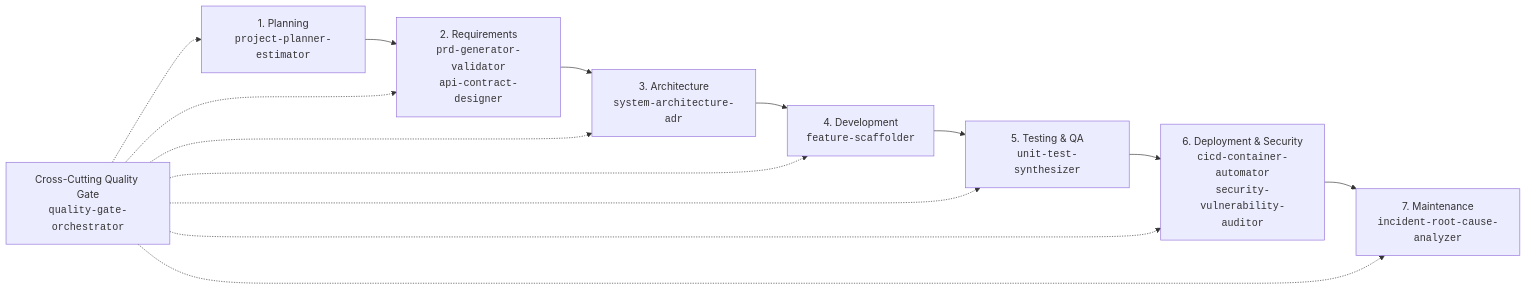
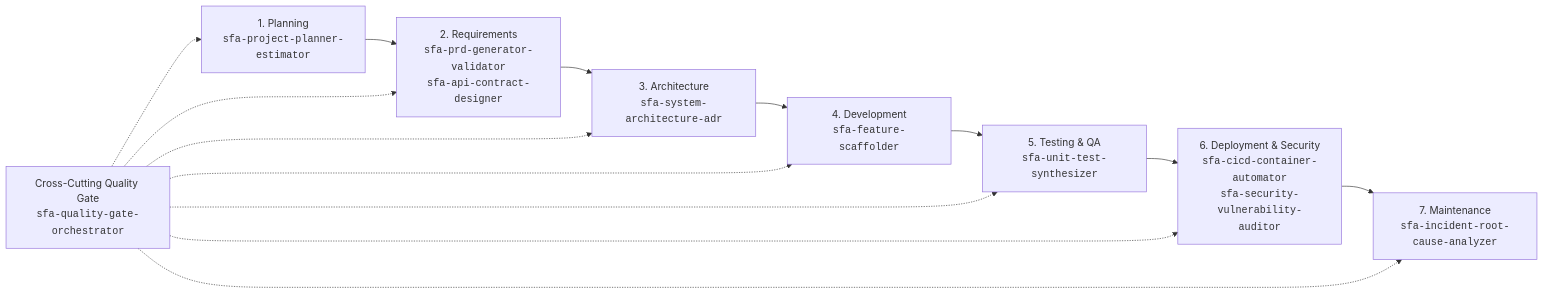
One commit to OpenYantra/SkillForgeAI changed the diagram in README.md. Above: the diagram before and after it, drawn with Mermaid. The commit also changed other lines of this file and 54 other files, not shown here.

````diff
--- a/README.md
+++ b/README.md
@@ -9,13 +9,13 @@
 ```mermaid
 flowchart LR
-    P1["1. Planning<br/><code>project-planner-estimator</code>"]
-    --> P2["2. Requirements<br/><code>prd-generator-validator</code><br/><code>api-contract-designer</code>"]
-    --> P3["3. Architecture<br/><code>system-architecture-adr</code>"]
-    --> P4["4. Development<br/><code>feature-scaffolder</code>"]
-    --> P5["5. Testing & QA<br/><code>unit-test-synthesizer</code>"]
-    --> P6["6. Deployment & Security<br/><code>cicd-container-automator</code><br/><code>security-vulnerability-auditor</code>"]
-    --> P7["7. Maintenance<br/><code>incident-root-cause-analyzer</code>"]
+    P1["1. Planning<br/><code>sfa-project-planner-estimator</code>"]
+    --> P2["2. Requirements<br/><code>sfa-prd-generator-validator</code><br/><code>sfa-api-contract-designer</code>"]
+    --> P3["3. Architecture<br/><code>sfa-system-architecture-adr</code>"]
+    --> P4["4. Development<br/><code>sfa-feature-scaffolder</code>"]
+    --> P5["5. Testing & QA<br/><code>sfa-unit-test-synthesizer</code>"]
+    --> P6["6. Deployment & Security<br/><code>sfa-cicd-container-automator</code><br/><code>sfa-security-vulnerability-auditor</code>"]
+    --> P7["7. Maintenance<br/><code>sfa-incident-root-cause-analyzer</code>"]
 
-    QG["Cross-Cutting Quality Gate<br/><code>quality-gate-orchestrator</code>"]
+    QG["Cross-Cutting Quality Gate<br/><code>sfa-quality-gate-orchestrator</code>"]
     QG -.-> P1 & P2 & P3 & P4 & P5 & P6 & P7
 ```
````
